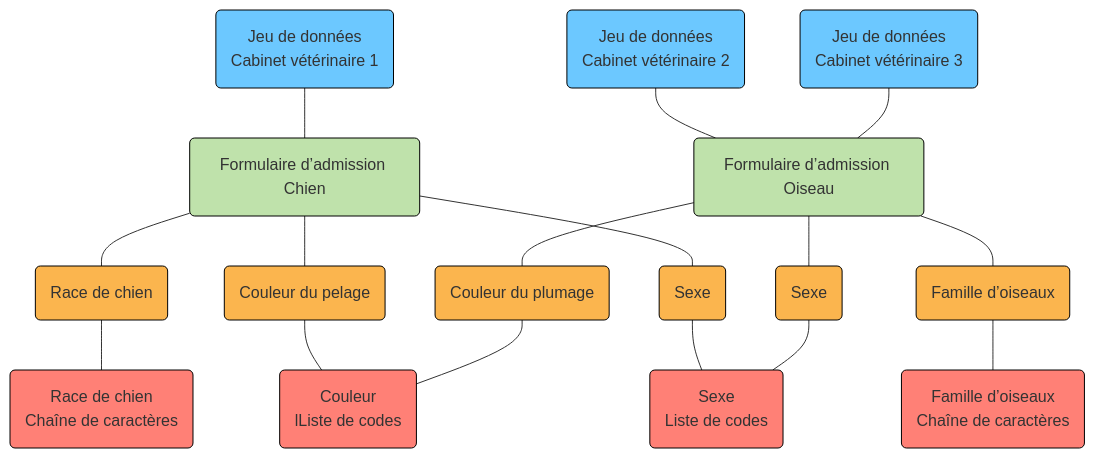
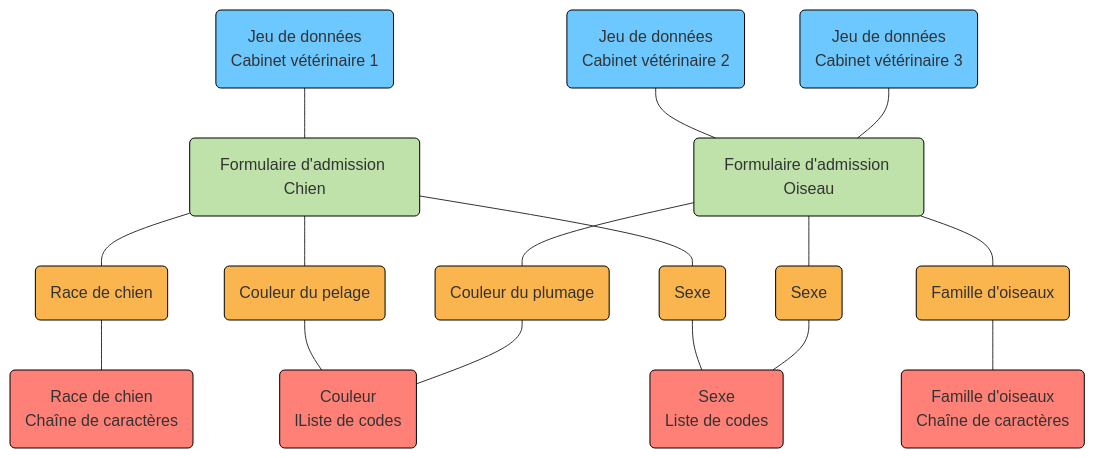
The fourth of 4 diagrams in content/fr/2_rollen_prozesse/3_informationsmodell.md (I14Y-ch/handbook), drawn with Mermaid before and after one commit. The commit also changed other lines of this file and 24 other files, not shown here.

````diff
--- a/content/fr/2_rollen_prozesse/3_informationsmodell.md
+++ b/content/fr/2_rollen_prozesse/3_informationsmodell.md
@@ -173,73 +173,73 @@
 ```mermaid
     flowchart TD
         dataset1(Jeu de données \nCabinet vétérinaire 1)
         dataset2(Jeu de données \nCabinet vétérinaire 2)
         dataset3(Jeu de données \nCabinet vétérinaire 3)
-        structure1(Formulaire d’admission Chien)
-        structure2(Formulaire d’admission Oiseau)
+        structure1(Formulaire d'admission Chien)
+        structure2(Formulaire d'admission Oiseau)
         dataelement11(Race de chien)
         dataelement12(Couleur du pelage)
         dataelement13(Sexe)
         dataelement21(Sexe)
         dataelement22(Couleur du plumage)
-        dataelement23(Famille d’oiseaux)
+        dataelement23(Famille d'oiseaux)
         concept1(Race de chien \nChaîne de caractères)
         concept2(Couleur \nlListe de codes)
         concept3(Sexe \nListe de codes)
-        concept4(Famille d’oiseaux \nChaîne de caractères)
+        concept4(Famille d'oiseaux \nChaîne de caractères)
 
         dataset1---structure1
         structure1---dataelement11
         structure1---dataelement12
         structure1---dataelement13
 
         dataset2---structure2
         dataset3---structure2
         structure2---dataelement21 
         structure2---dataelement22 
         structure2---dataelement23 
 
         dataelement11---concept1
         dataelement12---concept2
         dataelement13---concept3
         dataelement21---concept3
         dataelement22---concept2
         dataelement23---concept4
 
 
     style dataset1 fill:#6CC8FF
     style dataset1 stroke:black
     style dataset2 fill:#6CC8FF
     style dataset2 stroke:black
     style dataset3 fill:#6CC8FF
     style dataset3 stroke:black
 
     style structure1 fill:#Bfe2ab
     style structure1 stroke:black
     style structure2 fill:#Bfe2ab
     style structure2 stroke:black
 
     style concept1 fill:#Ff8076
     style concept1 stroke:black
     style concept2 fill:#Ff8076
     style concept2 stroke:black
     style concept3 fill:#Ff8076
     style concept3 stroke:black
     style concept4 fill:#Ff8076
     style concept4 stroke:black
 
     style dataelement11 fill:#Fbb54e
     style dataelement11 stroke:black
     style dataelement12 fill:#Fbb54e
     style dataelement12 stroke:black
     style dataelement13 fill:#Fbb54e
     style dataelement13 stroke:black
 
     style dataelement21 fill:#Fbb54e
     style dataelement21 stroke:black
     style dataelement22 fill:#Fbb54e
     style dataelement22 stroke:black
     style dataelement23 fill:#Fbb54e
     style dataelement23 stroke:black
 
 ```
````
